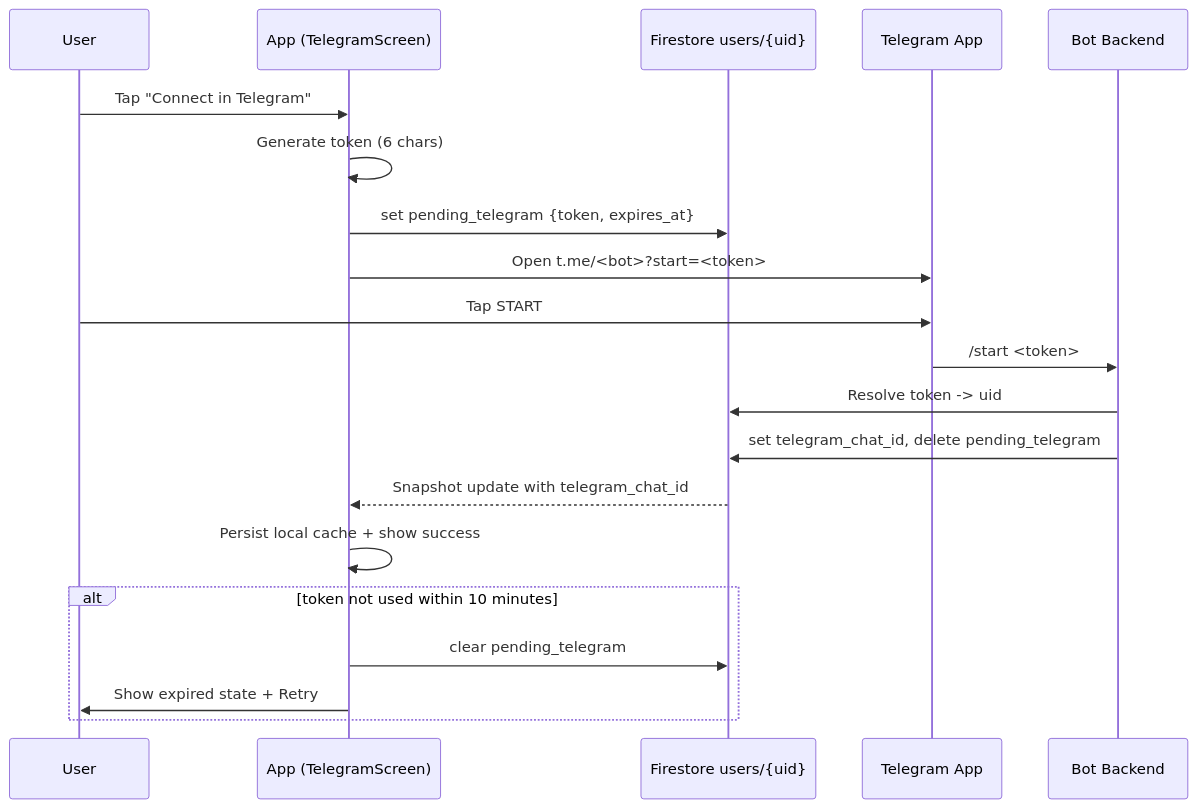
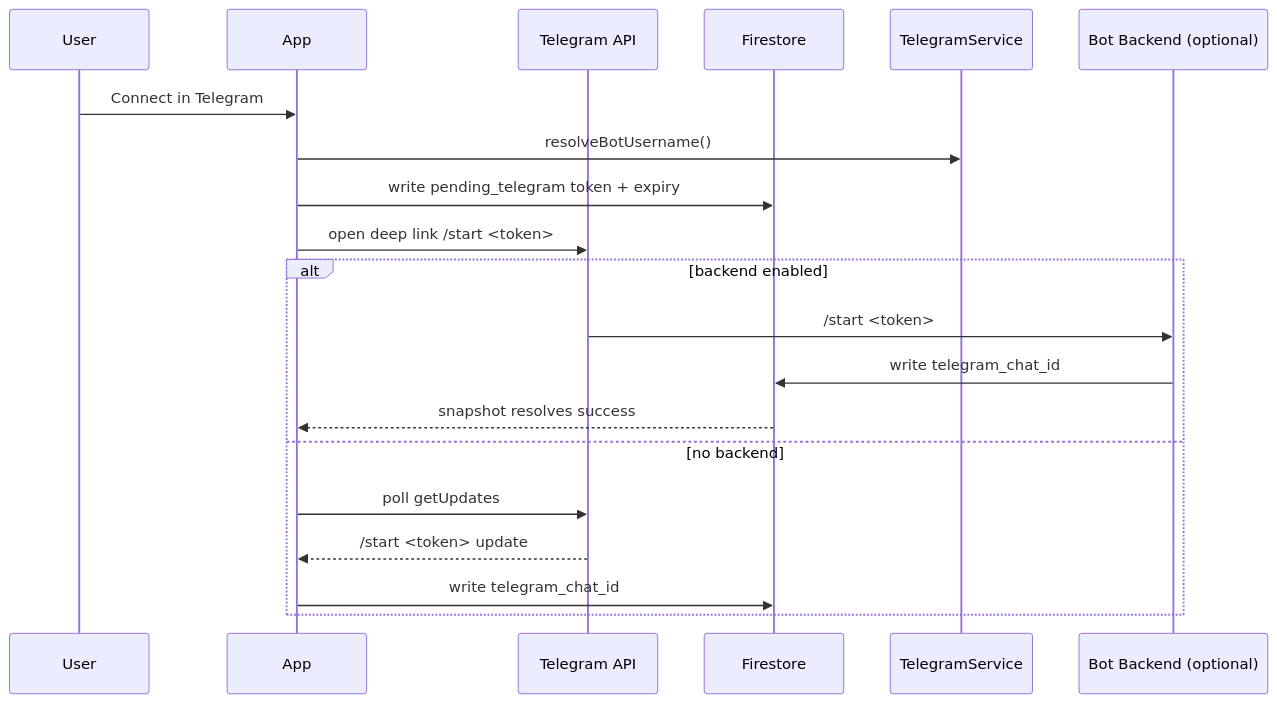
Before and after one commit to Adarshv0524/wishperlog: diagram 13 of 14 in ARCHITECTURE.md, drawn with Mermaid. The commit also changed other lines of this file and 15 other files, not shown here.

Commit message:
Consolidate architecture docs

````diff
--- a/ARCHITECTURE.md
+++ b/ARCHITECTURE.md
@@ -226,24 +524,23 @@
 ```mermaid
 sequenceDiagram
   participant U as User
-  participant A as App (TelegramScreen)
-  participant F as Firestore users/{uid}
-  participant T as Telegram App
-  participant B as Bot Backend
+  participant A as App
+  participant T as Telegram API
+  participant FS as Firestore
+  participant S as TelegramService
+  participant B as Bot Backend (optional)
 
-  U->>A: Tap "Connect in Telegram"
-  A->>A: Generate token (6 chars)
-  A->>F: set pending_telegram {token, expires_at}
-  A->>T: Open t.me/<bot>?start=<token>
-  U->>T: Tap START
-  T->>B: /start <token>
-  B->>F: Resolve token -> uid
-  B->>F: set telegram_chat_id, delete pending_telegram
-  F-->>A: Snapshot update with telegram_chat_id
-  A->>A: Persist local cache + show success
-
-  alt token not used within 10 minutes
-    A->>F: clear pending_telegram
-    A->>U: Show expired state + Retry
+  U->>A: Connect in Telegram
+  A->>S: resolveBotUsername()
+  A->>FS: write pending_telegram token + expiry
+  A->>T: open deep link /start <token>
+  alt backend enabled
+    T->>B: /start <token>
+    B->>FS: write telegram_chat_id
+    FS-->>A: snapshot resolves success
+  else no backend
+    A->>T: poll getUpdates
+    T-->>A: /start <token> update
+    A->>FS: write telegram_chat_id
   end
 ```
````
